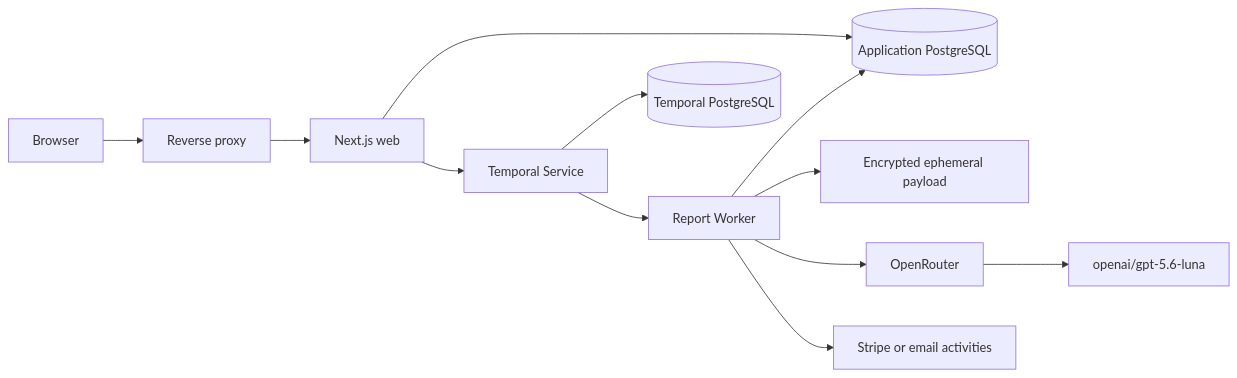
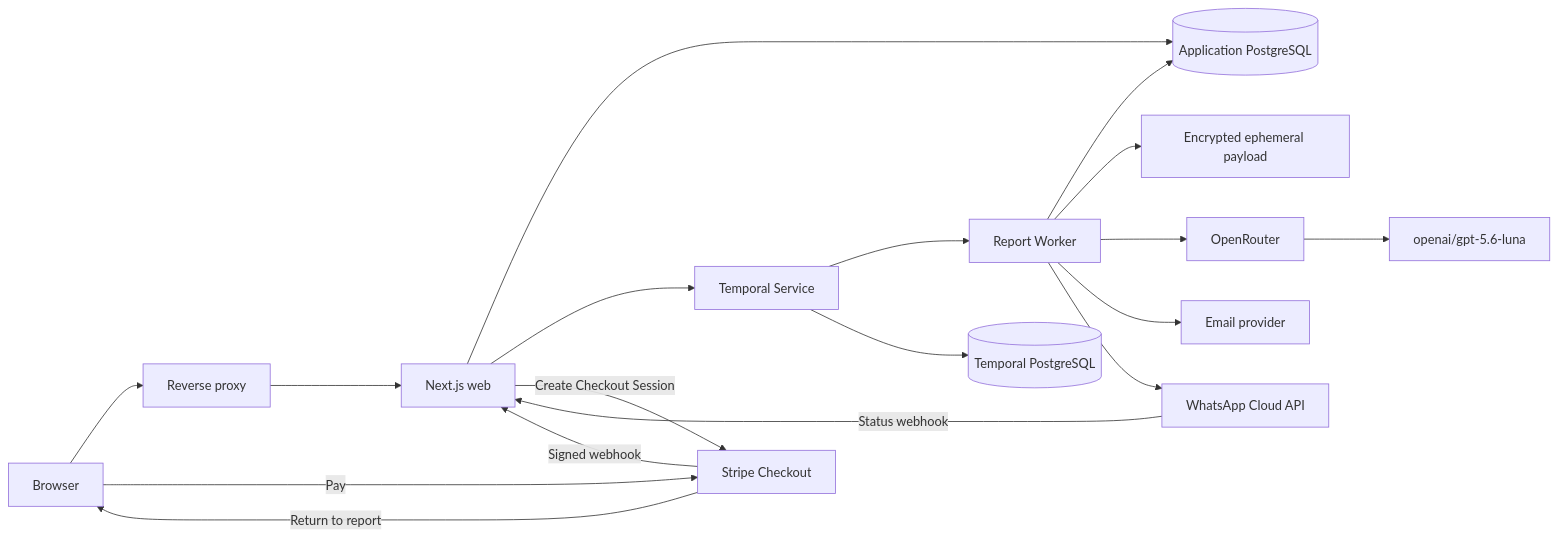
One commit to RolandVrignon/roastin-has-notes changed the third of 3 diagrams in Brief.md. Above: the diagram before and after it, drawn with Mermaid. The commit also changed other lines of this file and 133 other files, not shown here.

````diff
--- a/Brief.md
+++ b/Brief.md
@@ -1550,14 +1647,20 @@
 ```mermaid
 flowchart LR
     U[Browser] --> P[Reverse proxy]
     P --> N[Next.js web]
     N --> A[(Application PostgreSQL)]
     N --> T[Temporal Service]
     T --> W[Report Worker]
     W --> A
     W --> E[Encrypted ephemeral payload]
     W --> O[OpenRouter]
     O --> M[openai/gpt-5.6-luna]
-    W --> S[Stripe or email activities]
+    N -->|Create Checkout Session| S[Stripe Checkout]
+    U -->|Pay| S
+    S -->|Signed webhook| N
+    S -->|Return to report| U
+    W --> EML[Email provider]
+    W --> WA[WhatsApp Cloud API]
+    WA -->|Status webhook| N
     T --> D[(Temporal PostgreSQL)]
 ```
````
